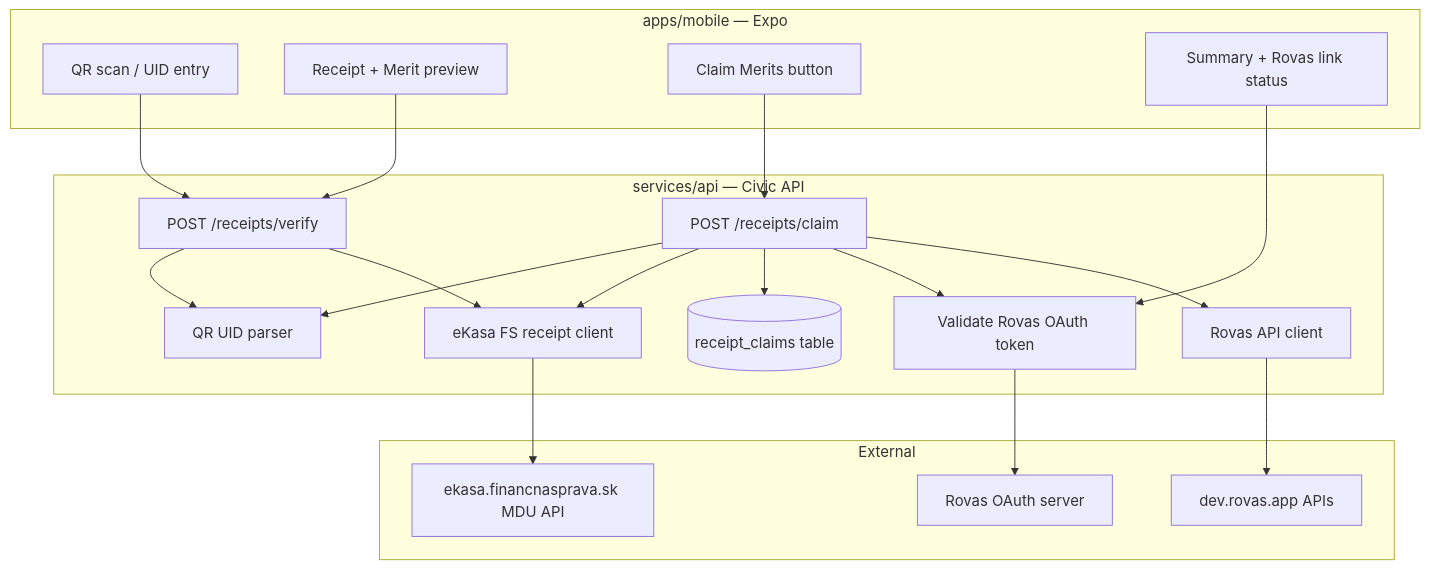
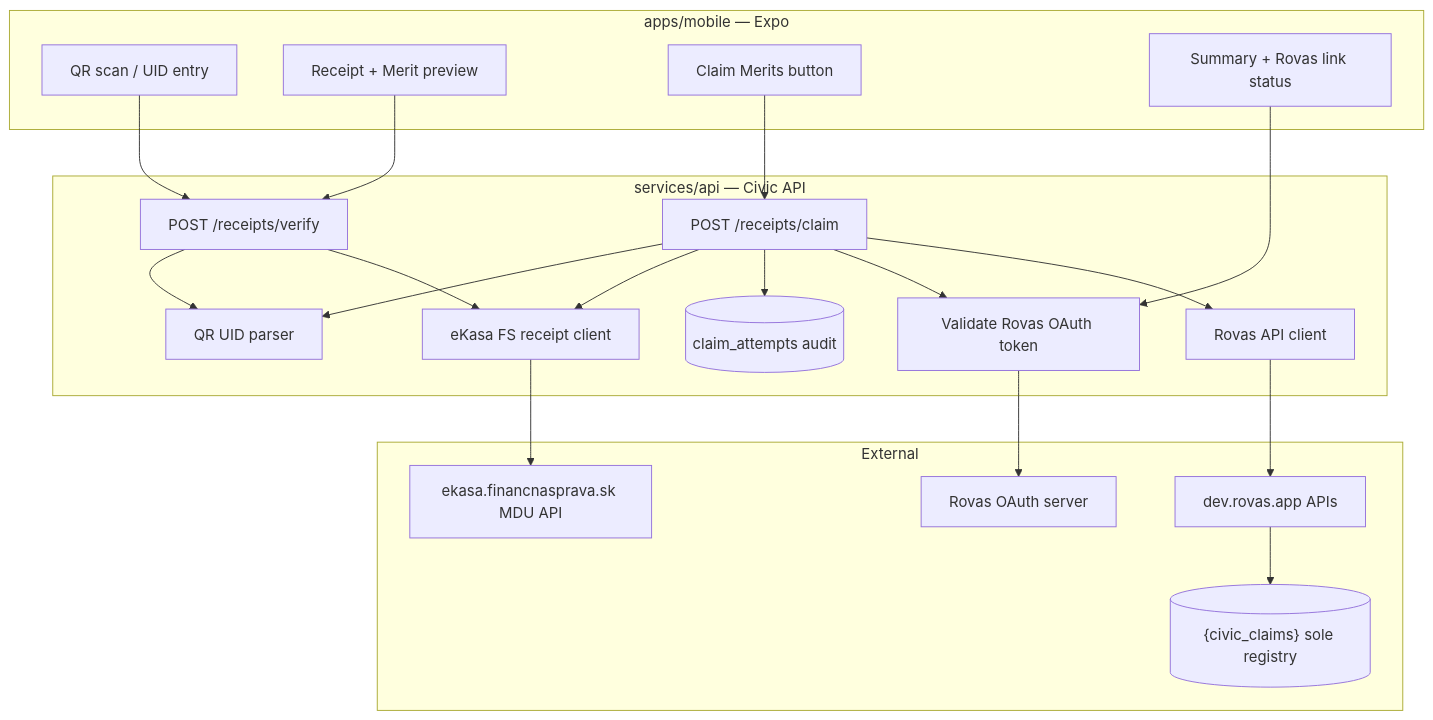
Before and after one commit to alexanderzatko/civic: the first of 7 diagrams in docs/plan.md, drawn with Mermaid. The commit also changed other lines of this file and 21 other files, not shown here.

````diff
--- a/docs/plan.md
+++ b/docs/plan.md
@@ -85,39 +85,41 @@
 ```mermaid
 flowchart TB
     subgraph mobile ["apps/mobile — Expo"]
         Scan[QR scan / UID entry]
         Preview[Receipt + Merit preview]
         ClaimUI[Claim Merits button]
         Profile[Summary + Rovas link status]
     end
 
     subgraph api ["services/api — Civic API"]
         TokenValidate[Validate Rovas OAuth token]
         VerifyRoute[POST /receipts/verify]
         ClaimRoute[POST /receipts/claim]
         QrParser[QR UID parser]
         EkasaClient[eKasa FS receipt client]
-        Dedup[(receipt_claims table)]
+        Attempts[(claim_attempts audit)]
         RovasClient[Rovas API client]
     end
 
     subgraph external ["External"]
         FS[ekasa.financnasprava.sk MDU API]
         RovasOAuth[Rovas OAuth server]
         RovasDev[dev.rovas.app APIs]
+        ClaimRegistry[("{civic_claims} sole registry")]
     end
 
     Scan --> VerifyRoute
     Preview --> VerifyRoute
     ClaimUI --> ClaimRoute
     Profile --> TokenValidate
 
     VerifyRoute --> QrParser
     VerifyRoute --> EkasaClient --> FS
     ClaimRoute --> QrParser
     ClaimRoute --> EkasaClient
-    ClaimRoute --> Dedup
+    ClaimRoute --> Attempts
     ClaimRoute --> TokenValidate
     ClaimRoute --> RovasClient --> RovasDev
+    RovasDev --> ClaimRegistry
     TokenValidate --> RovasOAuth
 ```
````
